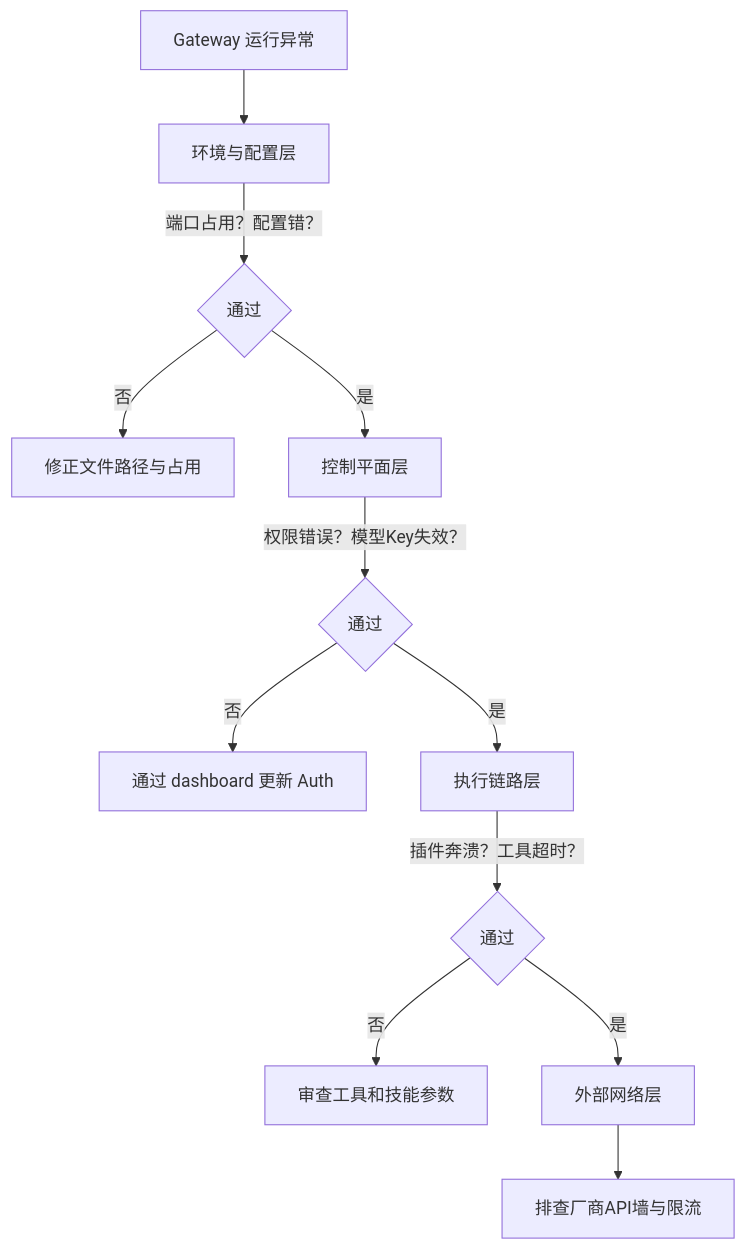
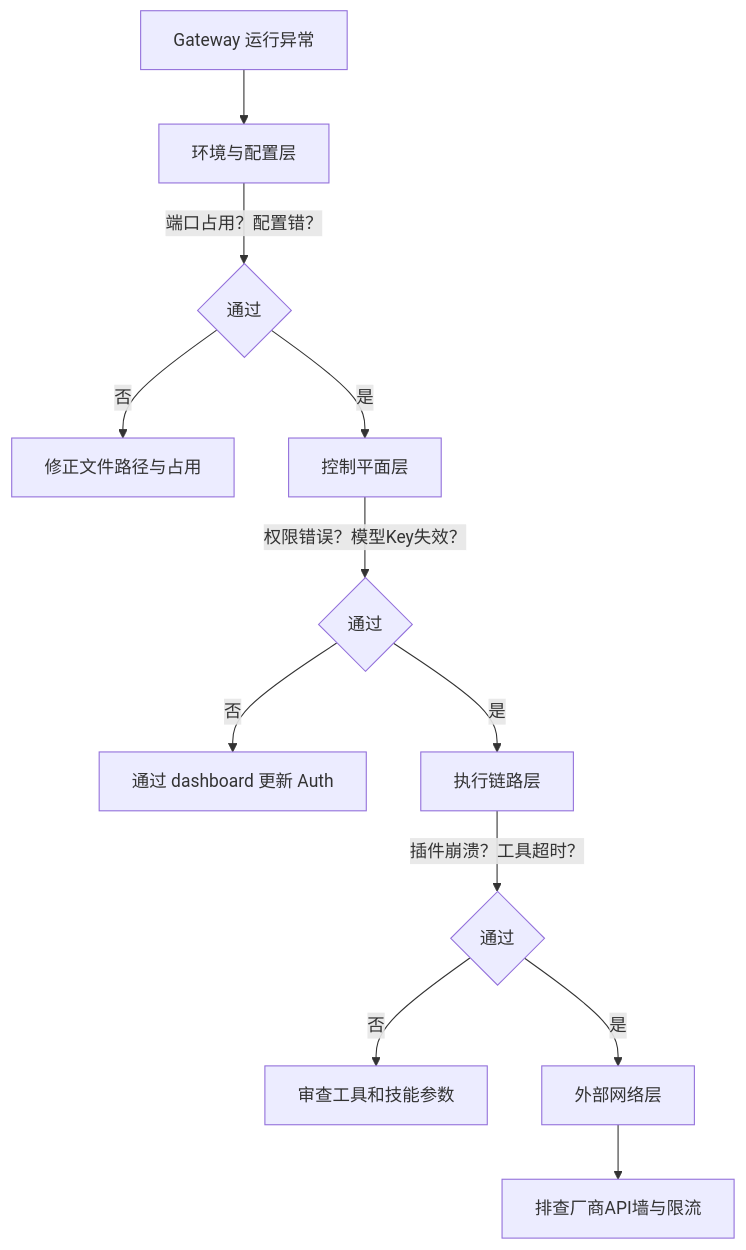
One commit to yeasy/openclaw_guide changed the diagram in 02_setup/2.4_gateway_service.md. Above: the diagram before and after it, drawn with Mermaid. The commit also changed 26 other files, not shown here.

````diff
--- a/02_setup/2.4_gateway_service.md
+++ b/02_setup/2.4_gateway_service.md
@@ -61,14 +61,14 @@
 ```mermaid
 flowchart TD
   start["Gateway 运行异常"] --> L1["环境与配置层"]
   L1 -->|"端口占用？配置错？"| L1ok{通过}
   L1ok -->|"否"| fix1["修正文件路径与占用"]
   L1ok -->|"是"| L2["控制平面层"]
   L2 -->|"权限错误？模型Key失效？"| L2ok{通过}
   L2ok -->|"否"| fix2["通过 dashboard 更新 Auth"]
   L2ok -->|"是"| L3["执行链路层"]
-  L3 -->|"插件奔溃？工具超时？"| L3ok{通过}
+  L3 -->|"插件崩溃？工具超时？"| L3ok{通过}
   L3ok -->|"否"| fix3["审查工具和技能参数"]
   L3ok -->|"是"| L4["外部网络层"]
   L4 --> fix4["排查厂商API墙与限流"]
 ```
````
